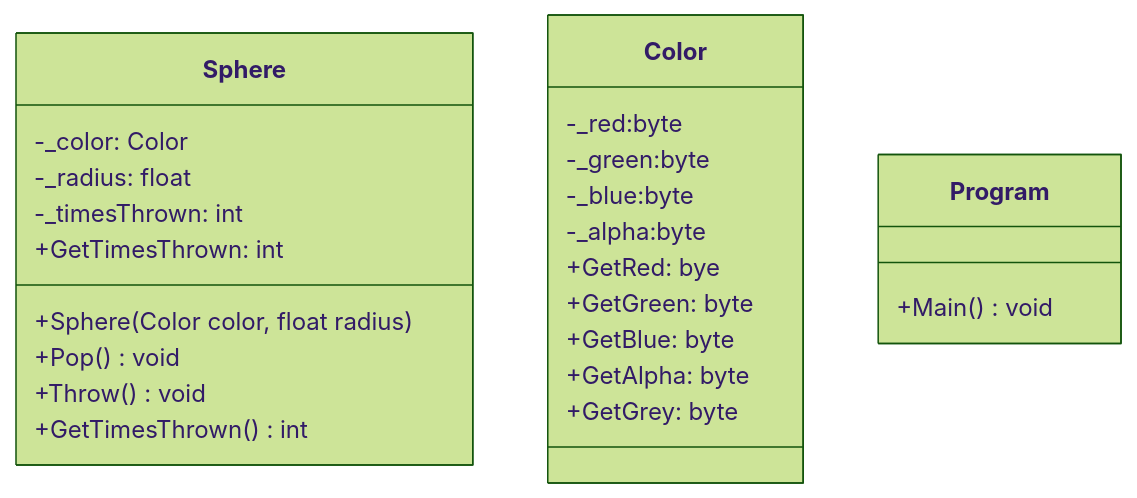
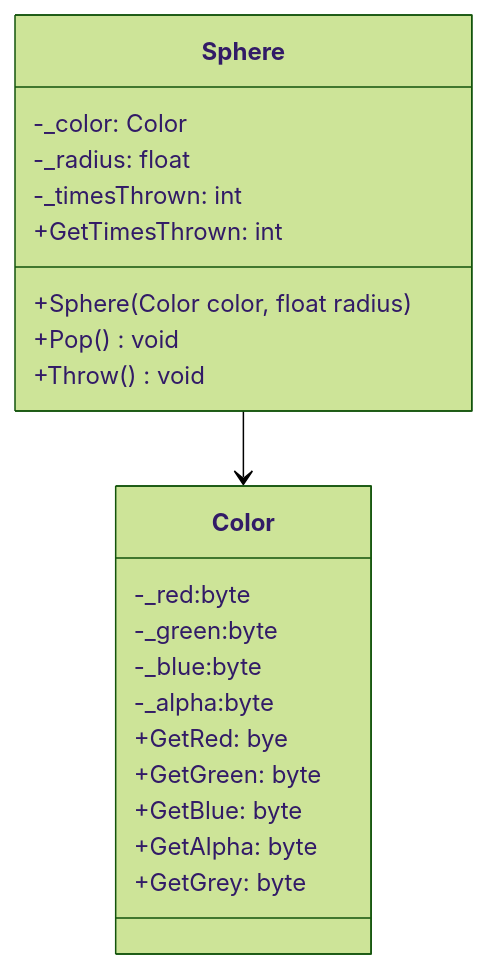
Before and after one commit to GuilhermeSantos2000/LP1Semana07: the diagram in BetterColorSpheres/README.md, drawn with Mermaid (forest theme). The commit also changed 24 other files, not shown here.

````diff
--- a/BetterColorSpheres/README.md
+++ b/BetterColorSpheres/README.md
@@ -1,36 +1,31 @@
 ```mermaid
 
 classDiagram
     class Sphere {
     -_color: Color
     -_radius: float
     -_timesThrown: int
     +GetTimesThrown: int
 
     +Sphere(Color color, float radius)
     +Pop() void
     +Throw() void
-    +GetTimesThrown() int
 
     }
 
     class Color {
     -_red:byte
     -_green:byte
     -_blue:byte
     -_alpha:byte
 
     +GetRed: bye
     +GetGreen: byte
     +GetBlue: byte
     +GetAlpha: byte
     +GetGrey: byte
-
     }
 
-    class Program {
-    +Main() void
-
-    }
+    Sphere --> Color
 
 ```
````
